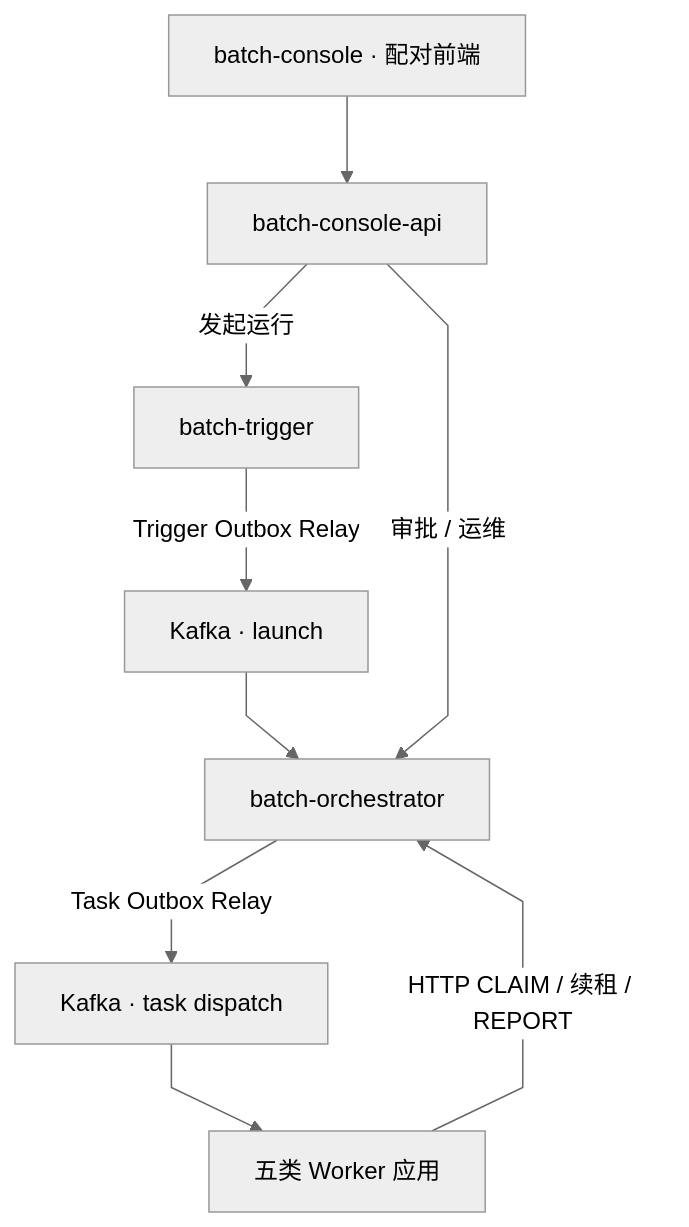
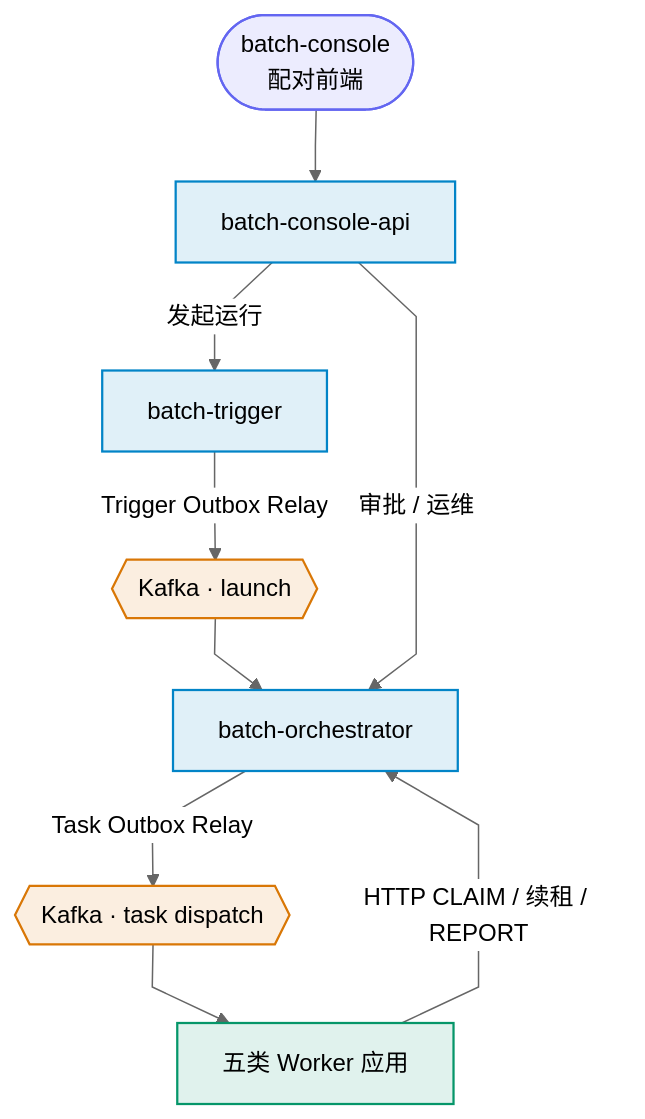
The first of 4 diagrams in docs/architecture/project-structure.md (pinpols/file-batch-system), drawn with Mermaid (neutral theme) before and after one commit. The commit also changed other lines of this file and 9 other files, not shown here.

First line of the commit message:
docs(architecture): unify styling of the navigation architecture diagrams (#1365)

````diff
--- a/docs/architecture/project-structure.md
+++ b/docs/architecture/project-structure.md
@@ -60,10 +60,27 @@
 ```mermaid
-%%{init: {"flowchart":{"curve":"linear","nodeSpacing":40,"rankSpacing":58},"sequence":{"mirrorActors":false}}}%%
+%%{init: {"flowchart":{"curve":"linear","nodeSpacing":32,"rankSpacing":48},"sequence":{"mirrorActors":false}}}%%
 flowchart TB
-  FE["batch-console · 配对前端"] --> C["batch-console-api"]
-  C -->|"发起运行"| T["batch-trigger"]
-  T -->|"Trigger Outbox Relay"| K1["Kafka · launch"] --> O["batch-orchestrator"]
-  O -->|"Task Outbox Relay"| K2["Kafka · task dispatch"] --> W["五类 Worker 应用"]
+
+  FE(["batch-console<br/>配对前端"]):::entry
+  C["batch-console-api"]:::control
+  T["batch-trigger"]:::control
+  K1{{"Kafka · launch"}}:::mq
+  O["batch-orchestrator"]:::control
+  K2{{"Kafka · task dispatch"}}:::mq
+  W["五类 Worker 应用"]:::worker
+  FE --> C
+  C -->|"发起运行"| T
+  T -->|"Trigger Outbox Relay"| K1
+  K1 --> O
+  C -->|"审批 / 运维"| O
+  O -->|"Task Outbox Relay"| K2
+  K2 --> W
   W -->|"HTTP CLAIM / 续租 / REPORT"| O
-  C -->|"审批 / 运维"| O
+  classDef entry fill:#6366f11f,stroke:#6366f1,stroke-width:1.5px
+  classDef control fill:#0284c71f,stroke:#0284c7,stroke-width:1.5px
+  classDef mq fill:#d977061f,stroke:#d97706,stroke-width:1.5px
+  classDef worker fill:#0596691f,stroke:#059669,stroke-width:1.5px
+  classDef store fill:#7c3aed1f,stroke:#7c3aed,stroke-width:1.5px
+  classDef ext fill:#64748b14,stroke:#64748b,stroke-width:1.2px,stroke-dasharray:4 3
+  classDef lib fill:#64748b14,stroke:#64748b,stroke-width:1.2px
 ```
````
